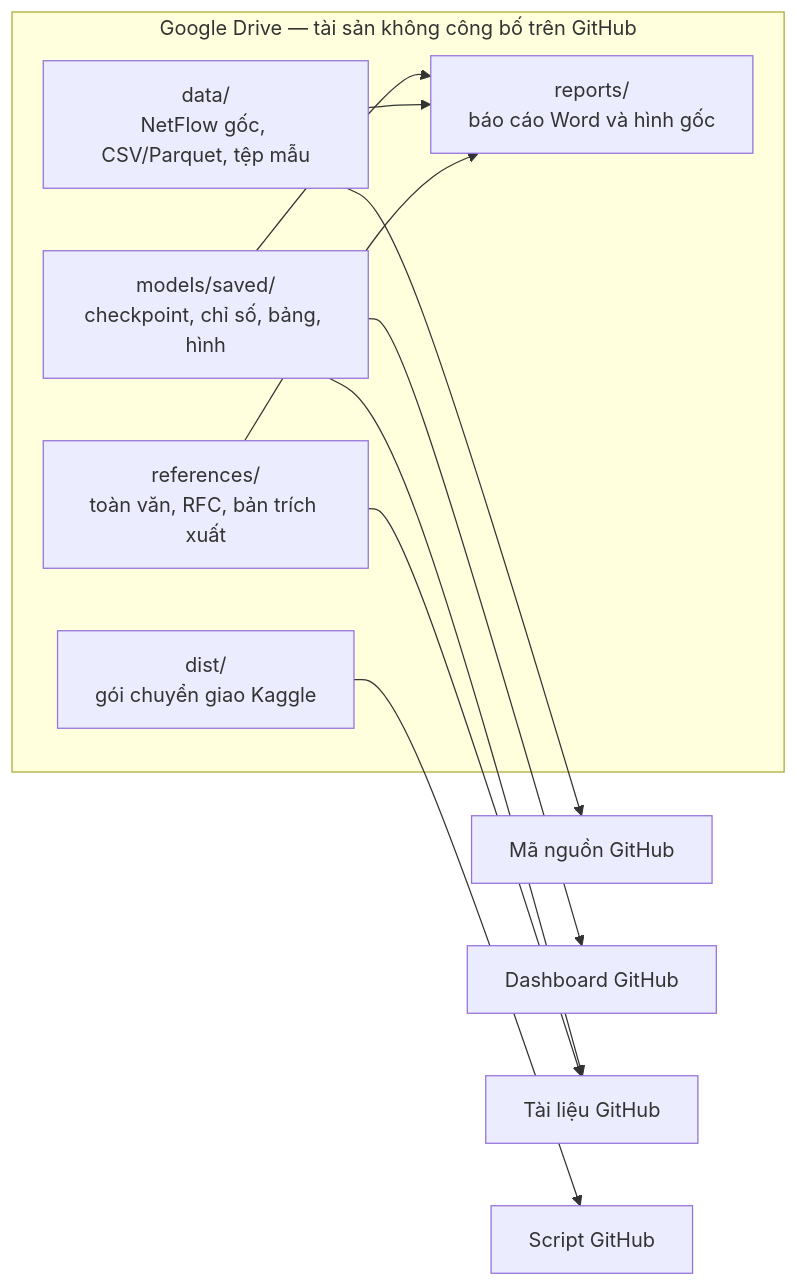
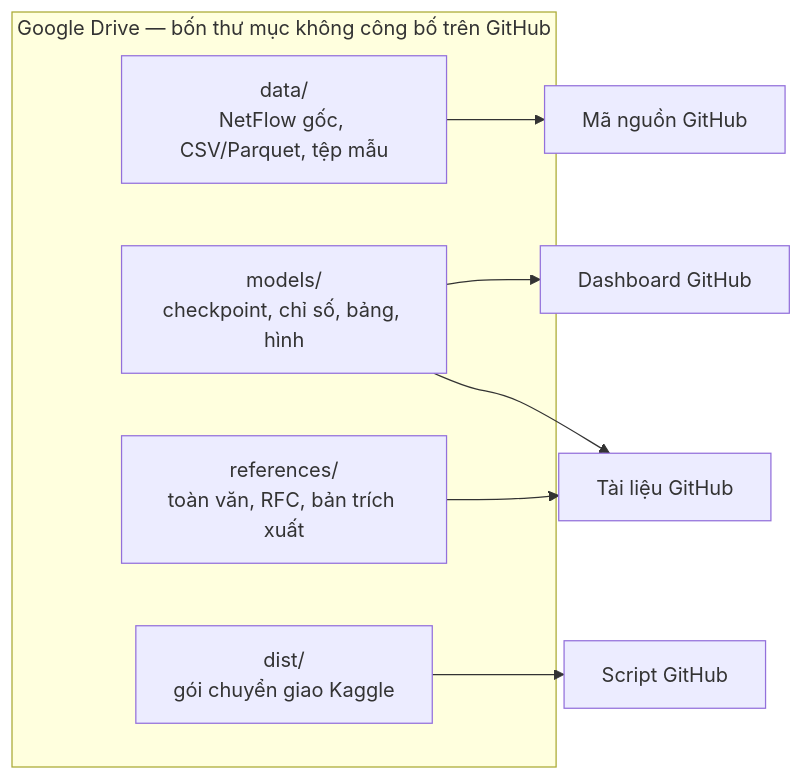
The second of 2 diagrams in docs/SO_DO_KIEN_TRUC_DU_AN.md (C0xff/TGN-NIDS), drawn with Mermaid before and after one commit. The commit also changed other lines of this file and 4 other files, not shown here.

````diff
--- a/docs/SO_DO_KIEN_TRUC_DU_AN.md
+++ b/docs/SO_DO_KIEN_TRUC_DU_AN.md
@@ -33,19 +33,15 @@
 ```mermaid
 flowchart LR
-    subgraph DRIVE["Google Drive — tài sản không công bố trên GitHub"]
+    subgraph DRIVE["Google Drive — bốn thư mục không công bố trên GitHub"]
         DATA["data/<br/>NetFlow gốc, CSV/Parquet, tệp mẫu"]
-        SAVED["models/saved/<br/>checkpoint, chỉ số, bảng, hình"]
+        SAVED["models/<br/>checkpoint, chỉ số, bảng, hình"]
         DIST["dist/<br/>gói chuyển giao Kaggle"]
         REFS["references/<br/>toàn văn, RFC, bản trích xuất"]
-        REPORTS["reports/<br/>báo cáo Word và hình gốc"]
     end
 
     DATA --> SRC["Mã nguồn GitHub"]
     SAVED --> APP["Dashboard GitHub"]
     SAVED --> DOCS["Tài liệu GitHub"]
     REFS --> DOCS
     DIST --> SCRIPTS["Script GitHub"]
-    SAVED --> REPORTS
-    DATA --> REPORTS
-    REFS --> REPORTS
 ```
````
